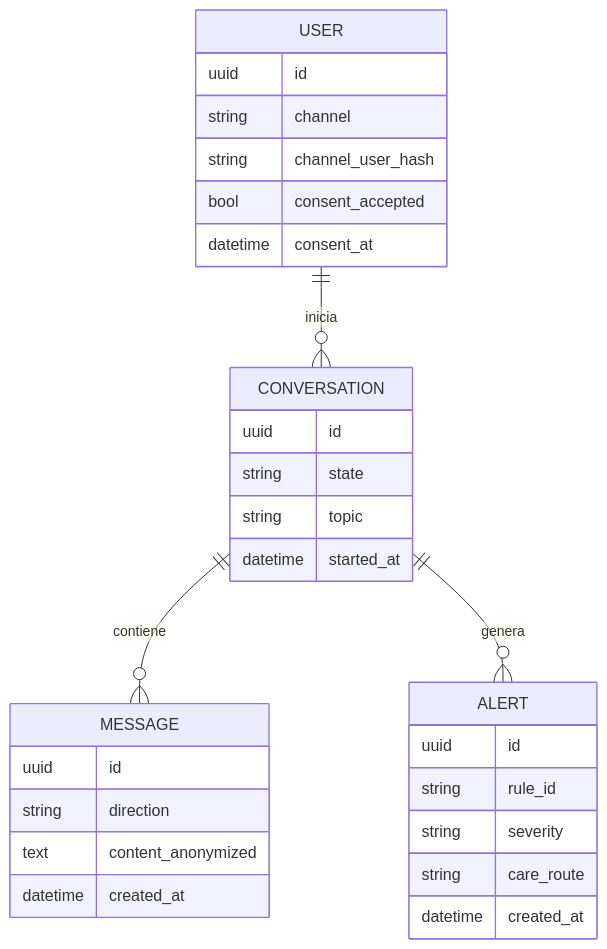
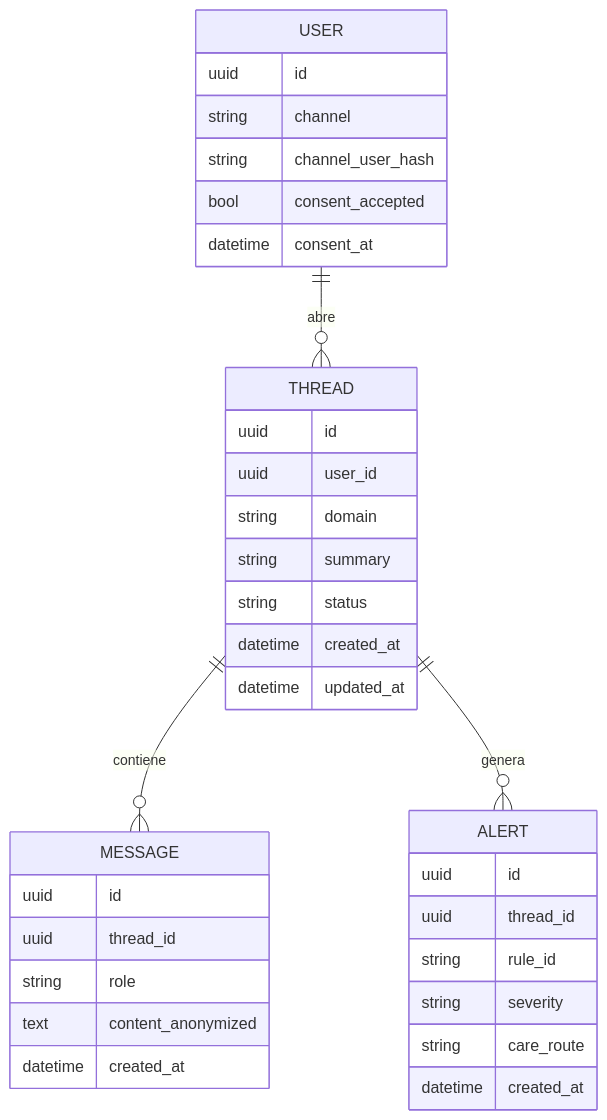
The second of 2 diagrams in docs/04-datos/modelo-datos.md (NicolasCastilloGaleano/chatbot-cardio-materno), drawn with Mermaid before and after one commit. The commit also changed other lines of this file and 42 other files, not shown here.

````diff
--- a/docs/04-datos/modelo-datos.md
+++ b/docs/04-datos/modelo-datos.md
@@ -7,32 +30,37 @@
 ```mermaid
 erDiagram
-    USER ||--o{ CONVERSATION : inicia
-    CONVERSATION ||--o{ MESSAGE : contiene
-    CONVERSATION ||--o{ ALERT : genera
+    USER ||--o{ THREAD : abre
+    THREAD ||--o{ MESSAGE : contiene
+    THREAD ||--o{ ALERT : genera
     USER {
         uuid id
         string channel
         string channel_user_hash
         bool consent_accepted
         datetime consent_at
     }
-    CONVERSATION {
+    THREAD {
         uuid id
-        string state
-        string topic
-        datetime started_at
+        uuid user_id
+        string domain
+        string summary
+        string status
+        datetime created_at
+        datetime updated_at
     }
     MESSAGE {
         uuid id
-        string direction
+        uuid thread_id
+        string role
         text content_anonymized
         datetime created_at
     }
     ALERT {
         uuid id
+        uuid thread_id
         string rule_id
         string severity
         string care_route
         datetime created_at
     }
 ```
````
